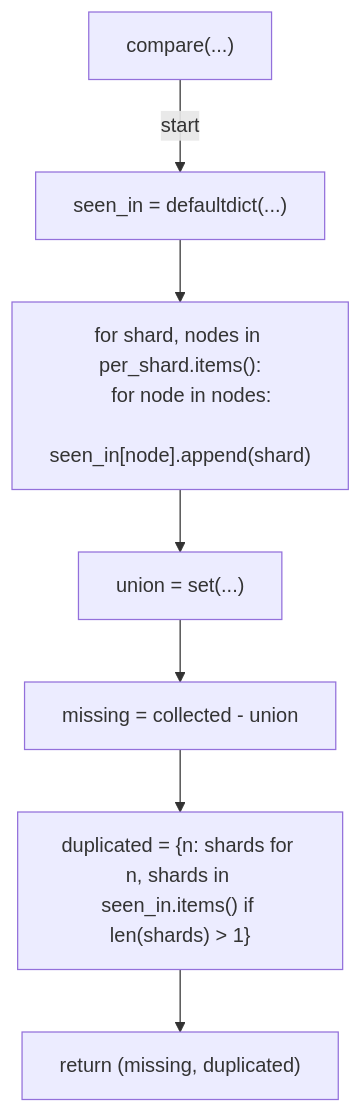
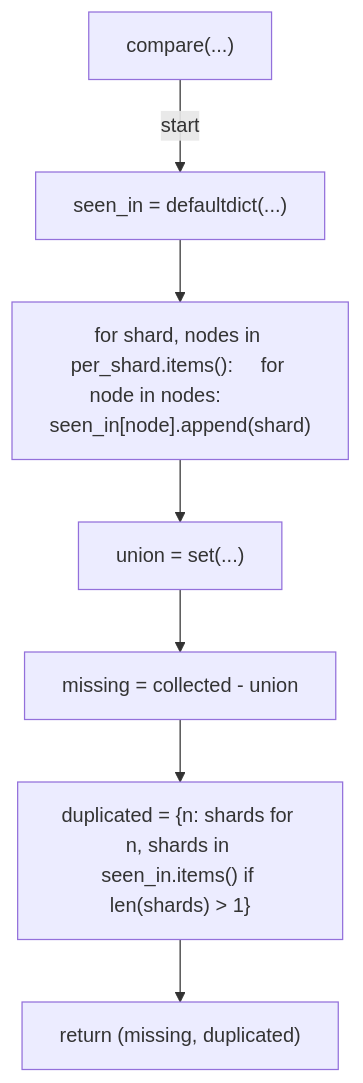
Before and after one commit to tvna/claude-md: the fifth of 8 diagrams in docs/generated/scripts/ast/verify_shard_coverage.md, drawn with Mermaid. The commit also changed other lines of this file and 15 other files, not shown here.

First line of the commit message:
docs(generated): regenerate decision tree and workflow diagrams (batch 5/5)

````diff
--- a/docs/generated/scripts/ast/verify_shard_coverage.md
+++ b/docs/generated/scripts/ast/verify_shard_coverage.md
@@ -78,18 +69,16 @@
 ```mermaid
 flowchart TD
     N001["compare(...)"]
     N002["seen_in = defaultdict(...)"]
-    N003["for shard, nodes in per_shard.items():
-    for node in nodes:
-        seen_in[node].append(shard)"]
+    N003["for shard, nodes in per_shard.items():     for node in nodes:         seen_in[node].append(shard)"]
     N004["union = set(...)"]
     N005["missing = collected - union"]
     N006["duplicated = {n: shards for n, shards in seen_in.items() if len(shards) > 1}"]
     N007["return (missing, duplicated)"]
     N001 -->|"start"| N002
     N002 --> N003
     N003 --> N004
     N004 --> N005
     N005 --> N006
     N006 --> N007
 ```
````
